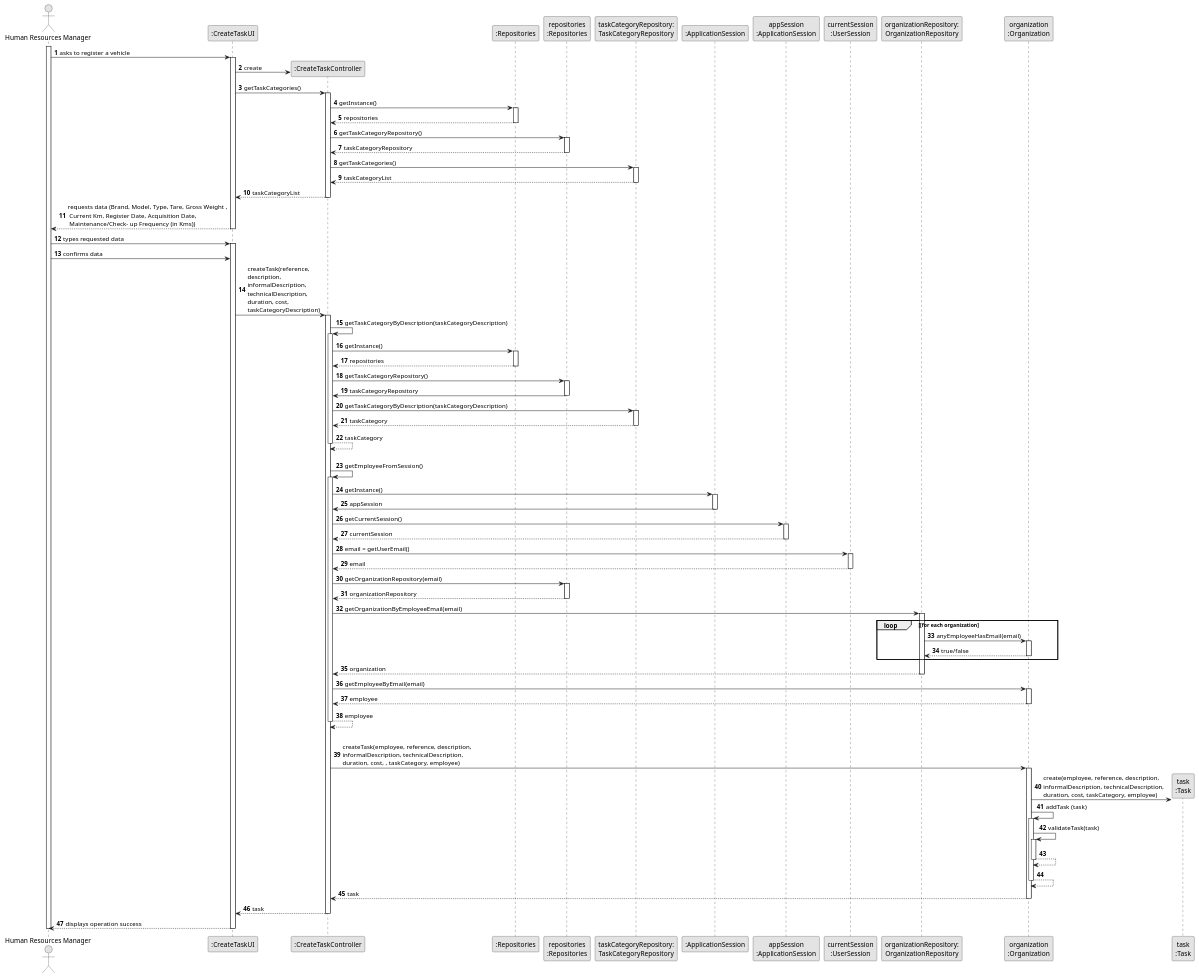
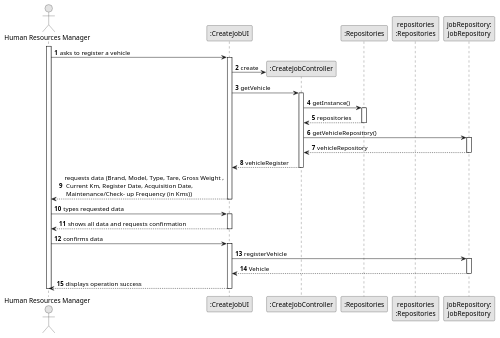
One commit to Departamento-de-Engenharia-Informatica/lei-24-s2-1dl-g121 changed the diagram in docs/sprintB/us006/03.design/puml/us006-sequence-diagram-full.puml. Above: the diagram before and after it, drawn with PlantUML.

```diff
--- a/docs/sprintB/us006/03.design/puml/us006-sequence-diagram-full.puml
+++ b/docs/sprintB/us006/03.design/puml/us006-sequence-diagram-full.puml
@@ -1,170 +1,77 @@
 @startuml
 skinparam monochrome true
 skinparam packageStyle rectangle
 skinparam shadowing false
 
 autonumber
 
 'hide footbox
-actor " Human Resources Manager" as ADM
-participant ":CreateTaskUI" as UI
-participant ":CreateTaskController" as CTRL
+actor "Human Resources Manager" as ADM
+participant ":CreateJobUI" as UI
+participant ":CreateJobController" as CTRL
 participant ":Repositories" as RepositorySingleton
 participant "repositories\n:Repositories" as PLAT
-participant "taskCategoryRepository:\nTaskCategoryRepository" as TaskCategoryRepository
-participant ":ApplicationSession" as _APP
-participant "appSession\n:ApplicationSession" as APP
-participant "currentSession\n:UserSession" as SESSAO
-participant "organizationRepository:\nOrganizationRepository" as OrganizationRepository
-participant "organization\n:Organization" as ORG
-participant "task\n:Task" as TAREFA
+participant "jobRepository:\njobRepository" as TaskCategoryRepository
+
+
+
+
 
 activate ADM
 
         ADM -> UI : asks to register a vehicle
 
         activate UI
 
 '            UI --> ADM : requests data (reference, description,  informal \n description, technical description, duration, cost)
             'create CTRL
             UI -> CTRL** : create
 
-            UI -> CTRL : getTaskCategories()
+            UI -> CTRL : getVehicle
             activate CTRL
 
                 CTRL -> RepositorySingleton : getInstance()
                 activate RepositorySingleton
 
                     RepositorySingleton --> CTRL: repositories
                 deactivate RepositorySingleton
 
-                CTRL -> PLAT : getTaskCategoryRepository()
-                activate PLAT
-
-                    PLAT --> CTRL: taskCategoryRepository
-                deactivate PLAT
-
-                CTRL -> TaskCategoryRepository : getTaskCategories()
+                CTRL -> TaskCategoryRepository : getVehicleRepository()
                 activate TaskCategoryRepository
 
-                    TaskCategoryRepository --> CTRL : taskCategoryList
+                    TaskCategoryRepository --> CTRL: vehicleRepository
                 deactivate TaskCategoryRepository
 
-                CTRL --> UI : taskCategoryList
+
+
+                CTRL --> UI : vehicleRegister
             deactivate CTRL
 
             UI --> ADM : requests data (Brand, Model, Type, Tare, Gross Weight ,\n Current Km, Register Date, Acquisition Date,\n Maintenance/Check- up Frequency (in Kms))
         deactivate UI
 
     ADM -> UI : types requested data
     activate UI
+
+        UI --> ADM : shows all data and requests confirmation
+    deactivate UI
+
     ADM -> UI : confirms data
+    activate UI
+
+    UI -> TaskCategoryRepository : registerVehicle
+
+        activate TaskCategoryRepository
+
+        TaskCategoryRepository --> UI : Vehicle
 
 
-        UI -> CTRL : createTask(reference,\ndescription,\ninformalDescription,\ntechnicalDescription,\nduration, cost,\ntaskCategoryDescription)
-        activate CTRL
+        deactivate  TaskCategoryRepository
 
-            CTRL -> CTRL : getTaskCategoryByDescription(taskCategoryDescription)
-            activate CTRL
-
-                CTRL -> RepositorySingleton : getInstance()
-                activate RepositorySingleton
-
-                    RepositorySingleton --> CTRL: repositories
-                deactivate RepositorySingleton
-
-                CTRL -> PLAT : getTaskCategoryRepository()
-                activate PLAT
-
-                    PLAT -> CTRL : taskCategoryRepository
-                deactivate PLAT
-
-                CTRL -> TaskCategoryRepository : getTaskCategoryByDescription(taskCategoryDescription)
-                activate TaskCategoryRepository
-
-                    TaskCategoryRepository --> CTRL : taskCategory
-                deactivate TaskCategoryRepository
-                    CTRL --> CTRL : taskCategory
-            deactivate CTRL
-
-            |||
-            CTRL -> CTRL : getEmployeeFromSession()
-            activate CTRL
-
-                CTRL -> _APP: getInstance()
-                activate _APP
-                    _APP -> CTRL: appSession
-                deactivate _APP
-
-
-                CTRL -> APP: getCurrentSession()
-                activate APP
-
-                    APP --> CTRL: currentSession
-                deactivate APP
-
-                CTRL -> SESSAO: email = getUserEmail()
-                activate SESSAO
-
-                    SESSAO --> CTRL: email
-                deactivate SESSAO
-
-
-                CTRL -> PLAT: getOrganizationRepository(email)
-                activate PLAT
-
-                    PLAT --> CTRL: organizationRepository
-                deactivate PLAT
-
-
-                CTRL -> OrganizationRepository: getOrganizationByEmployeeEmail(email)
-                activate OrganizationRepository
-
-                    loop [for each organization
-                        OrganizationRepository -> ORG : anyEmployeeHasEmail(email)
-                        activate ORG
-
-                             ORG --> OrganizationRepository : true/false
-                        deactivate ORG
-                    end
-                    OrganizationRepository --> CTRL : organization
-                deactivate OrganizationRepository
-
-                CTRL -> ORG: getEmployeeByEmail(email)
-                activate ORG
-
-                    ORG --> CTRL : employee
-                deactivate ORG
-
-                CTRL --> CTRL : employee
-            deactivate CTRL
-
-            |||
-            CTRL -> ORG: createTask(employee, reference, description,\ninformalDescription, technicalDescription,\nduration, cost, , taskCategory, employee)
-            activate ORG
-
-                ORG -> TAREFA**: create(employee, reference, description,\ninformalDescription, technicalDescription,\nduration, cost, taskCategory, employee)
-                ORG -> ORG: addTask (task)
-
-
-                activate ORG
-                    ORG -> ORG: validateTask(task)
-                    activate ORG
-                        ORG --> ORG
-                    deactivate ORG
-
-                    ORG --> ORG
-                deactivate ORG
-
-                ORG --> CTRL : task
-
-            deactivate ORG
-
-            CTRL --> UI: task
             deactivate CTRL
             UI --> ADM: displays operation success
     deactivate UI
 
 deactivate ADM
 
 @enduml
```
